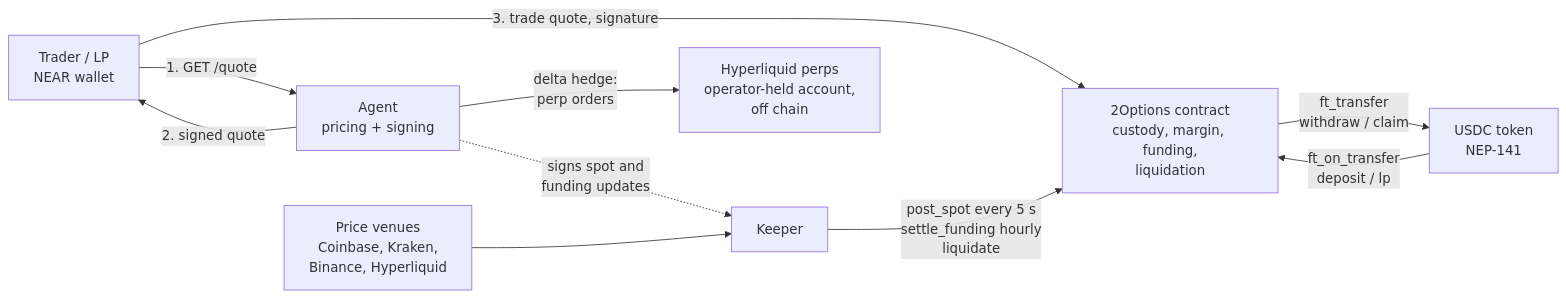
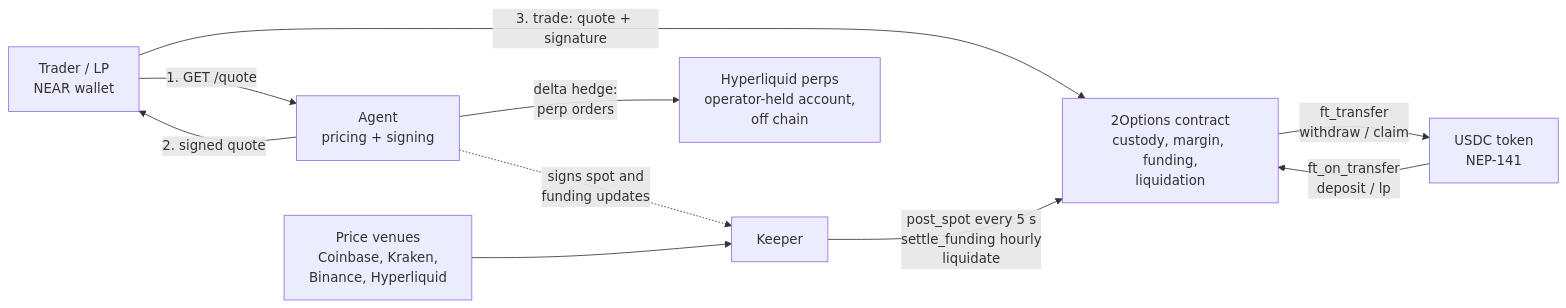
Before and after one commit to Aditya-dom/2options: the diagram in README.md, drawn with Mermaid. The commit also changed other lines of this file and 1 other file, not shown here.

````diff
--- a/README.md
+++ b/README.md
@@ -20,12 +28,12 @@
 ```mermaid
 flowchart LR
     T[Trader / LP<br/>NEAR wallet] -->|1. GET /quote| A
     A[Agent<br/>pricing + signing] -->|2. signed quote| T
-    T -->|3. trade quote, signature| C
+    T -->|3. trade: quote + signature| C
     U[USDC token<br/>NEP-141] -->|ft_on_transfer<br/>deposit / lp| C
     C[2Options contract<br/>custody, margin, funding,<br/>liquidation] -->|ft_transfer<br/>withdraw / claim| U
     K[Keeper] -->|post_spot every 5 s<br/>settle_funding hourly<br/>liquidate| C
     A -. signs spot and<br/>funding updates .-> K
     V[Price venues<br/>Coinbase, Kraken,<br/>Binance, Hyperliquid] --> K
     A -->|delta hedge:<br/>perp orders| H[Hyperliquid perps<br/>operator-held account,<br/>off chain]
 ```
````
